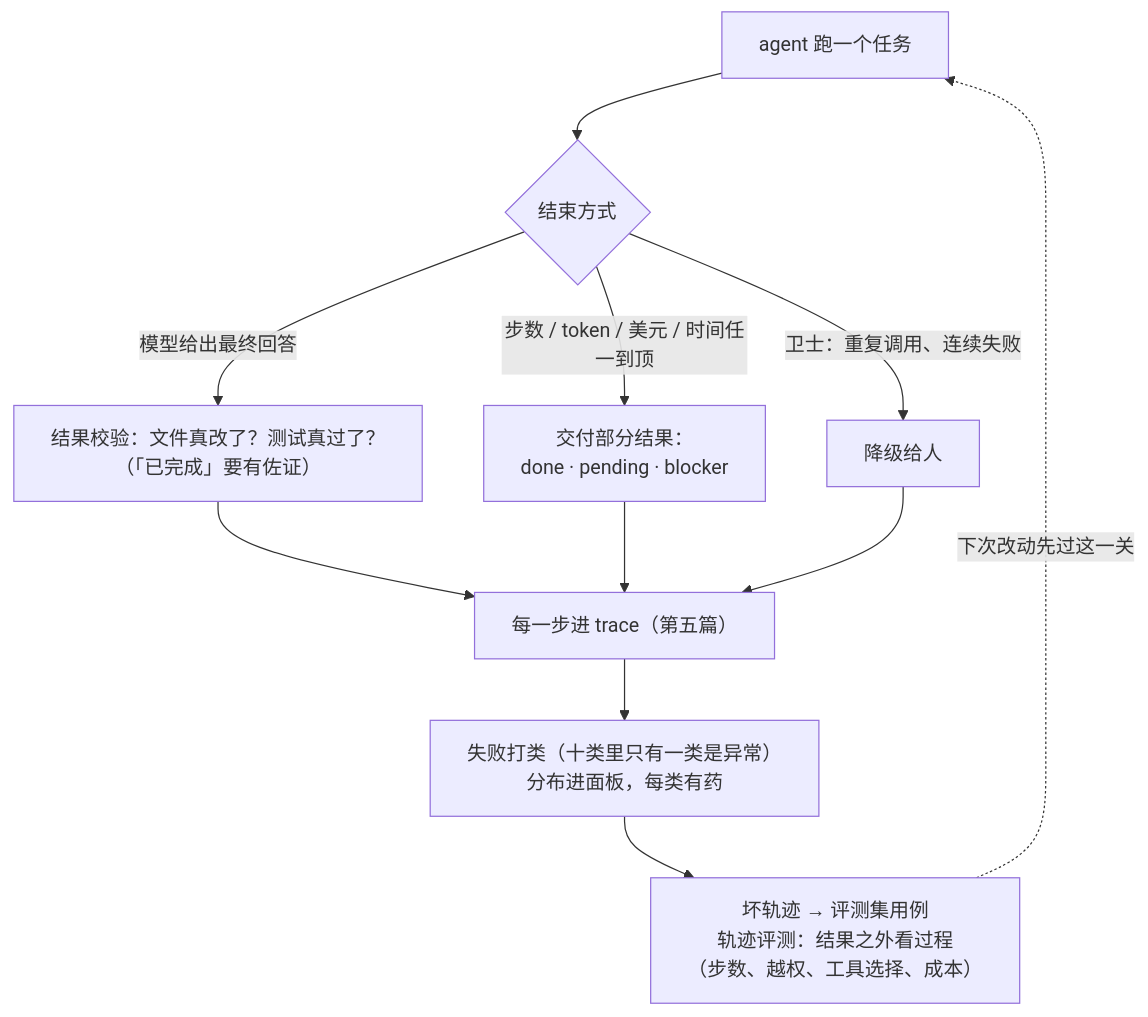
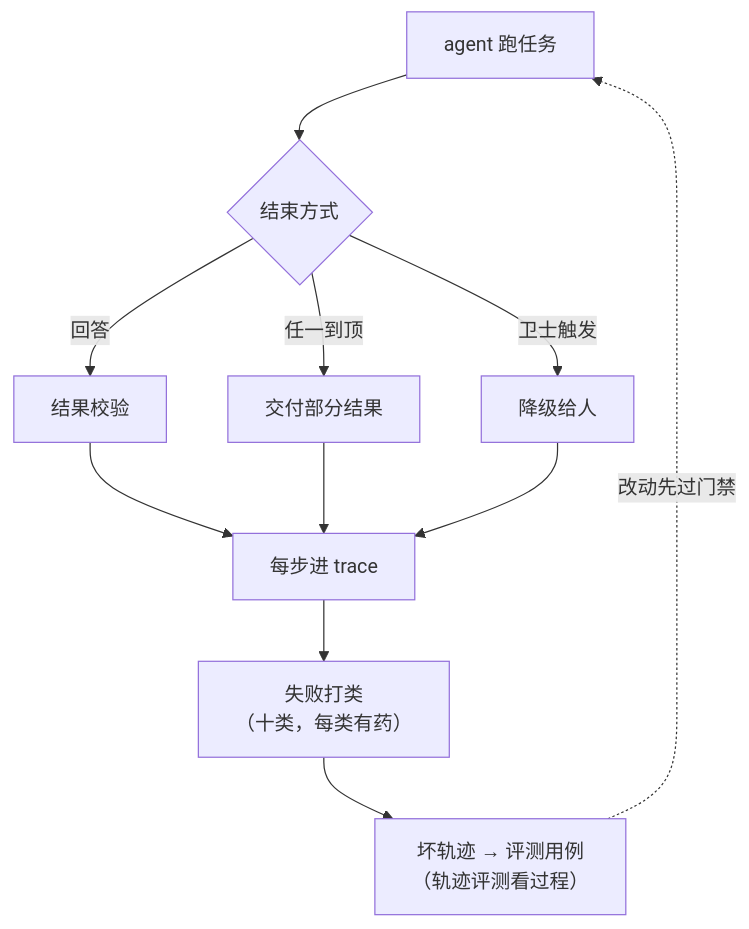
The ninth of 9 diagrams in slides/2026-10-29-agent-and-harness.md (arganzheng/arganzheng.github.com), drawn with Mermaid before and after one commit. The commit also changed other lines of this file, not shown here.

Commit message:
slides/agent-and-harness: cut/shorten mermaid diagrams below 14px rendered text (check-render smalltext/overlap)

````diff
--- a/slides/2026-10-29-agent-and-harness.md
+++ b/slides/2026-10-29-agent-and-harness.md
@@ -346,13 +342,13 @@
 ```mermaid
 %%{init: {"flowchart": {"wrappingWidth": 460}}}%%
 flowchart TB
-    R["agent 跑一个任务"] --> O{"结束方式"}
-    O -- "模型给出最终回答" --> V["结果校验：文件真改了？测试真过了？<br/>（「已完成」要有佐证）"]
-    O -- "步数 / token / 美元 / 时间任一到顶" --> P["交付部分结果：<br/>done · pending · blocker"]
-    O -- "卫士：重复调用、连续失败" --> H["降级给人"]
-    V & P & H --> TR["每一步进 trace（第五篇）"]
-    TR --> C["失败打类（十类里只有一类是异常）<br/>分布进面板，每类有药"]
-    C --> E["坏轨迹 → 评测集用例<br/>轨迹评测：结果之外看过程<br/>（步数、越权、工具选择、成本）"]
-    E -. "下次改动先过这一关" .-> R
+    R["agent 跑任务"] --> O{"结束方式"}
+    O -- "回答" --> V["结果校验"]
+    O -- "任一到顶" --> P["交付部分结果"]
+    O -- "卫士触发" --> H["降级给人"]
+    V & P & H --> TR["每步进 trace"]
+    TR --> C["失败打类<br/>（十类，每类有药）"]
+    C --> E["坏轨迹 → 评测用例<br/>（轨迹评测看过程）"]
+    E -. "改动先过门禁" .-> R
 
 ```
````
